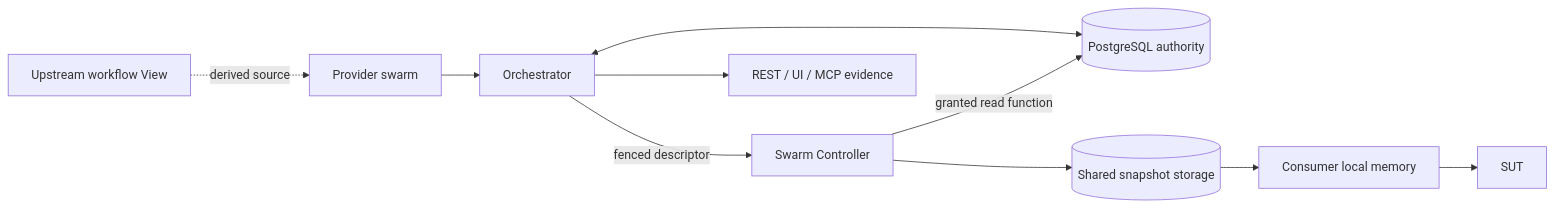
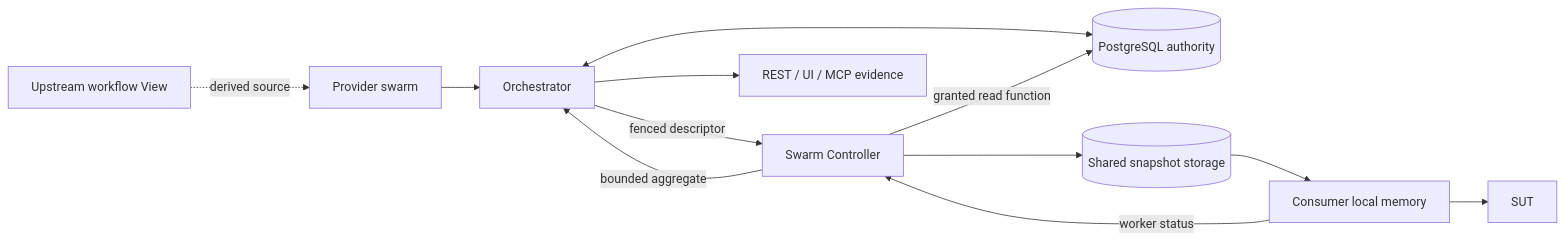
One commit to sepa79/PocketHive changed the diagram in docs/inProgress/managed-datasets-team-design-overview.md. Above: the diagram before and after it, drawn with Mermaid. The commit also changed other lines of this file and 4 other files, not shown here.

````diff
--- a/docs/inProgress/managed-datasets-team-design-overview.md
+++ b/docs/inProgress/managed-datasets-team-design-overview.md
@@ -41,12 +44,14 @@
 ```mermaid
 flowchart LR
   P[Provider swarm] --> O[Orchestrator]
   U[Upstream workflow View] -. derived source .-> P
   O <--> PG[(PostgreSQL authority)]
   O -->|fenced descriptor| SC[Swarm Controller]
   SC -->|granted read function| PG
   SC --> FS[(Shared snapshot storage)]
   FS --> C[Consumer local memory]
   C --> SUT[SUT]
+  C -->|worker status| SC
+  SC -->|bounded aggregate| O
   O --> E[REST / UI / MCP evidence]
 ```
````
